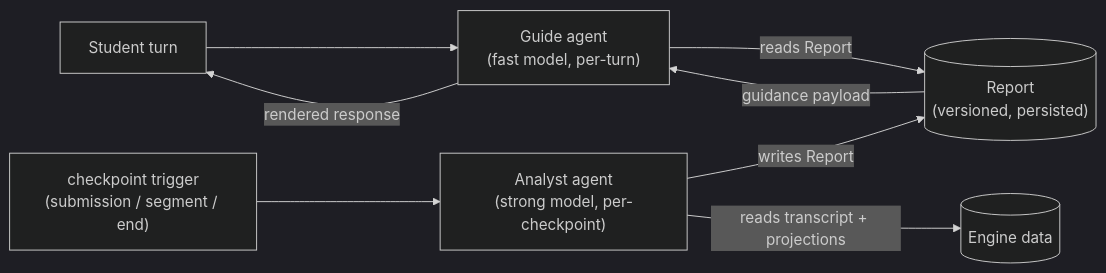
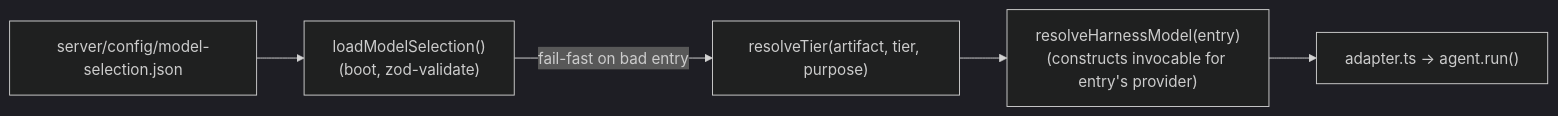
The fourth of 5 diagrams in src/content/docs/architecture/llm-agents.md (stemolly/wiki), drawn with Mermaid (dark theme) before and after one commit. The commit also changed other lines of this file and 57 other files, not shown here.

````diff
--- a/src/content/docs/architecture/llm-agents.md
+++ b/src/content/docs/architecture/llm-agents.md
@@ -65,10 +160,7 @@
 ```mermaid
-graph LR
-    S["Student turn"] --> G["Guide agent<br/>(fast model, per-turn)"]
-    G -->|"rendered response"| S
-    G -->|"reads Report"| R[("Report<br/>(versioned, persisted)")]
-    R -->|"guidance payload"| G
-    A["Analyst agent<br/>(strong model, per-checkpoint)"] -->|"writes Report"| R
-    T["checkpoint trigger<br/>(submission / segment / end)"] --> A
-    A -->|"reads transcript + projections"| DB[("Engine data")]
+flowchart LR
+    JSON["server/config/model-selection.json"] --> LDR["loadModelSelection()<br/>(boot, zod-validate)"]
+    LDR -->|"fail-fast on bad entry"| RT["resolveTier(artifact, tier, purpose)"]
+    RT --> RHM["resolveHarnessModel(entry)<br/>(constructs invocable for entry's provider)"]
+    RHM --> AD["adapter.ts → agent.run()"]
 ```
````
